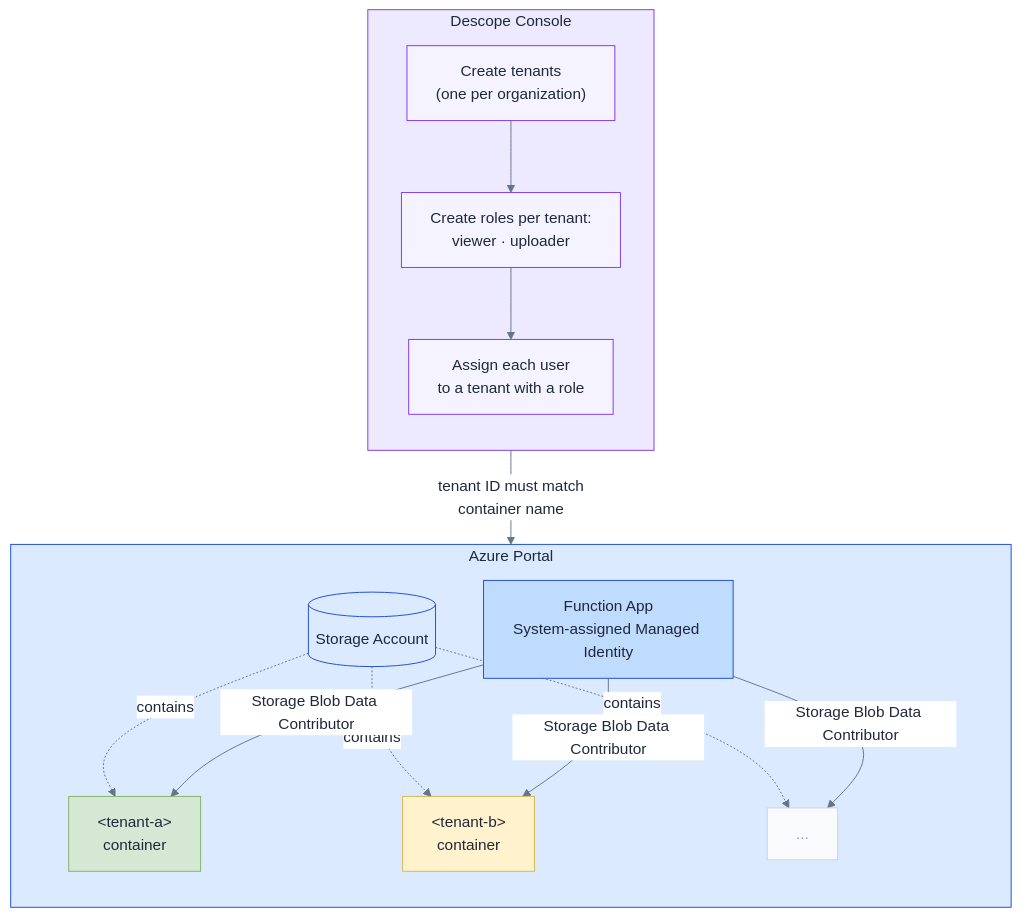
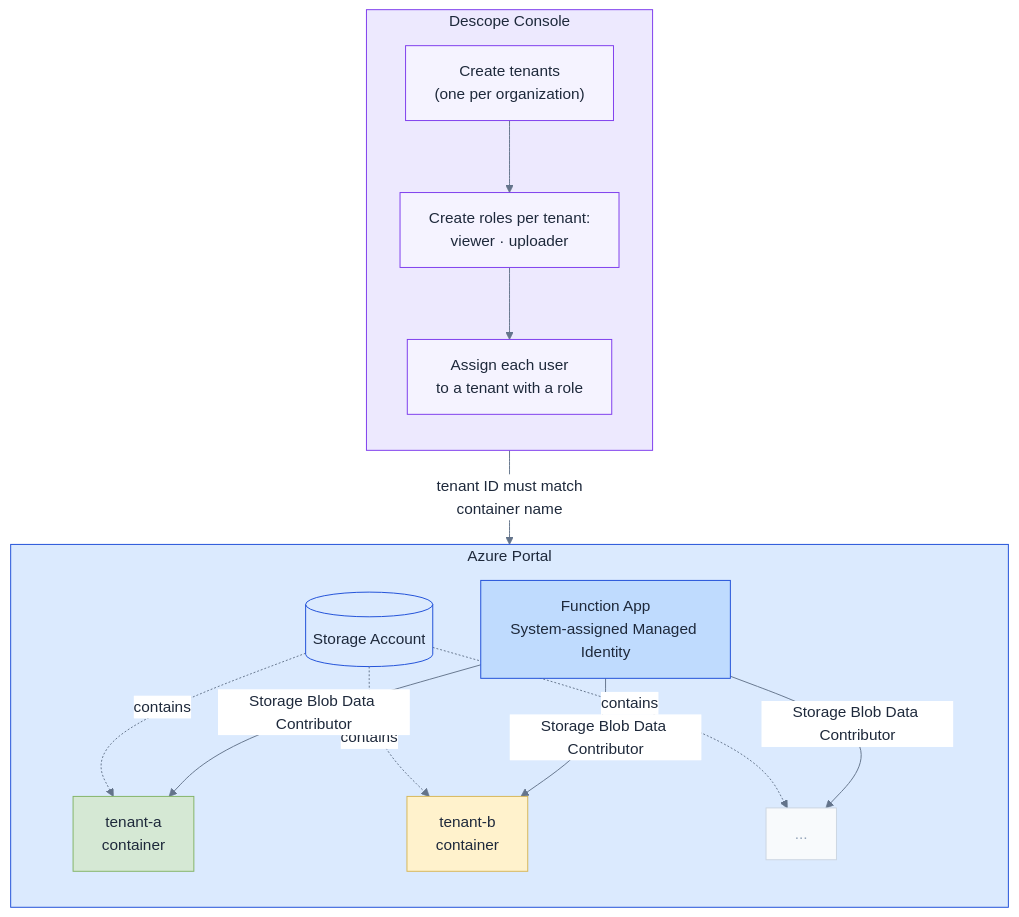
One commit to stevenbarash/descope-azure-blob-rbac-demo changed the diagram in docs/architecture-setup.md. Above: the diagram before and after it, drawn with Mermaid. The commit also changed 2 other files, not shown here.

Commit message:
fix: remove HTML entities and br tags from mermaid diagrams
HTML entities (lt/gt) and br tags cause parse errors in mermaid
sequence and flowchart diagrams. Replace with plain-text equivalents:
- [tenant-id] instead of &lt;tenant-id&gt;
- separate Note over lines instead of <br/>
- plain quotes removed from arrow labels where not needed

````diff
--- a/docs/architecture-setup.md
+++ b/docs/architecture-setup.md
@@ -5,40 +5,40 @@
 ```mermaid
 %%{init: {'theme': 'base', 'themeVariables': {'primaryColor': '#f8fafc', 'primaryBorderColor': '#cbd5e1', 'primaryTextColor': '#1e293b', 'lineColor': '#64748b', 'clusterBkg': '#f8fafc', 'clusterBorder': '#e2e8f0', 'edgeLabelBackground': '#ffffff'}}}%%
 flowchart TB
     subgraph DC["Descope Console"]
         direction TB
         D1["Create tenants\n(one per organization)"]
         D2["Create roles per tenant:\nviewer · uploader"]
         D3["Assign each user\nto a tenant with a role"]
         D1 --> D2 --> D3
     end
 
     subgraph AZ["Azure Portal"]
         direction TB
         MI["Function App\nSystem-assigned Managed Identity"]
         SA[("Storage Account")]
-        CA["&lt;tenant-a&gt;\ncontainer"]
-        CB["&lt;tenant-b&gt;\ncontainer"]
+        CA["tenant-a\ncontainer"]
+        CB["tenant-b\ncontainer"]
         CC["..."]
 
         SA -.->|contains| CA
         SA -.->|contains| CB
         SA -.->|contains| CC
         MI -->|"Storage Blob Data Contributor"| CA
         MI -->|"Storage Blob Data Contributor"| CB
         MI -->|"Storage Blob Data Contributor"| CC
     end
 
     DC -->|"tenant ID must match\ncontainer name"| AZ
 
     style DC fill:#ede9fe,stroke:#7c3aed,color:#1e293b
     style AZ fill:#dbeafe,stroke:#1d4ed8,color:#1e293b
     style D1 fill:#f5f3ff,stroke:#7c3aed,color:#1e293b
     style D2 fill:#f5f3ff,stroke:#7c3aed,color:#1e293b
     style D3 fill:#f5f3ff,stroke:#7c3aed,color:#1e293b
     style MI fill:#bfdbfe,stroke:#1d4ed8,color:#1e293b
     style SA fill:#dbeafe,stroke:#1d4ed8,color:#1e293b
     style CA fill:#d5e8d4,stroke:#82b366,color:#1e293b
     style CB fill:#fff2cc,stroke:#d6b656,color:#1e293b
     style CC fill:#f8fafc,stroke:#cbd5e1,color:#94a3b8
 ```
````
